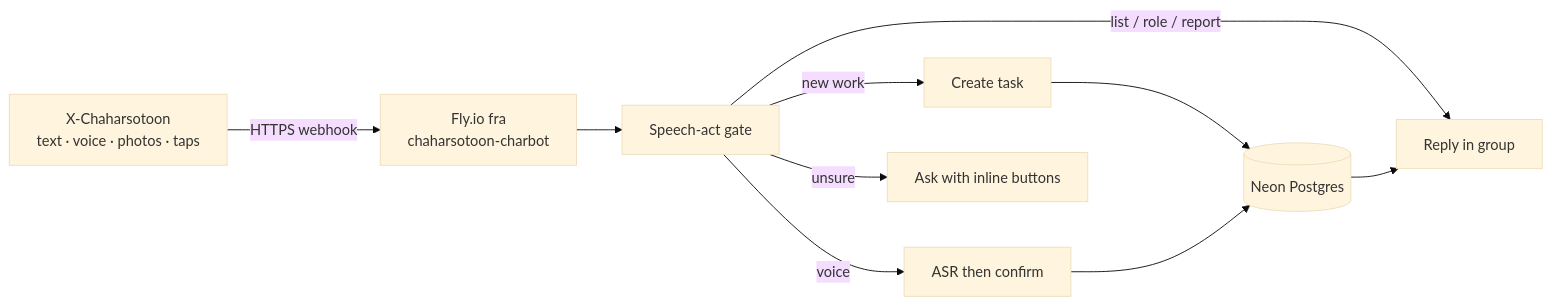
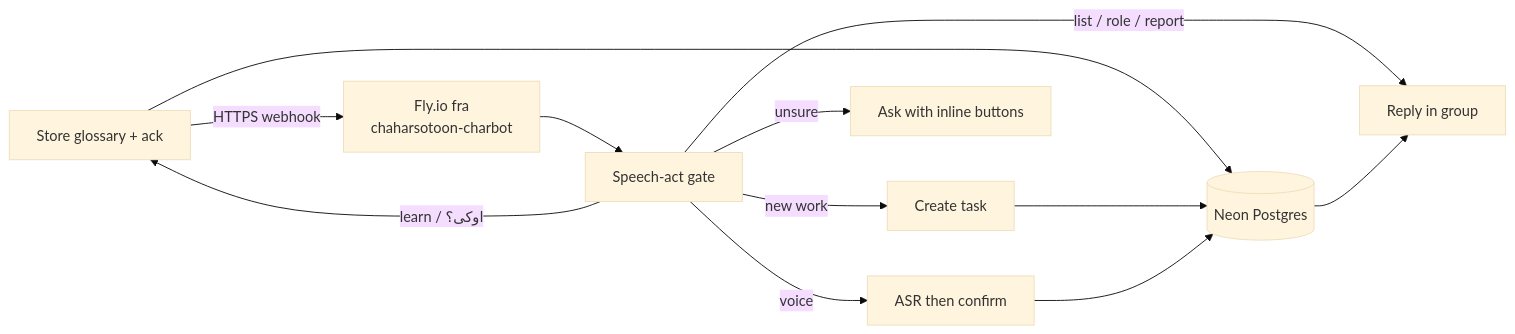
The first of 2 diagrams in docs/ARCHITECTURE.md (kvmmn/charbot), drawn with Mermaid (base theme) before and after one commit. The commit also changed other lines of this file and 8 other files, not shown here.

First line of the commit message:
Reply to teaching and اوکی؟; persist org glossary (JTI).

````diff
--- a/docs/ARCHITECTURE.md
+++ b/docs/ARCHITECTURE.md
@@ -9,12 +9,14 @@
 ```mermaid
 flowchart LR
   G[X-Chaharsotoon<br/>text · voice · photos · taps] -->|HTTPS webhook| F["Fly.io fra<br/>chaharsotoon-charbot"]
   F --> I[Speech-act gate]
   I -->|list / role / report| R[Reply in group]
+  I -->|learn / اوکی؟| G[Store glossary + ack]
   I -->|new work| T[Create task]
   I -->|voice| V[ASR then confirm]
   I -->|unsure| Q[Ask with inline buttons]
+  G --> N[(Neon Postgres)]
   T --> N[(Neon Postgres)]
   V --> N
   N --> R
 ```
````
